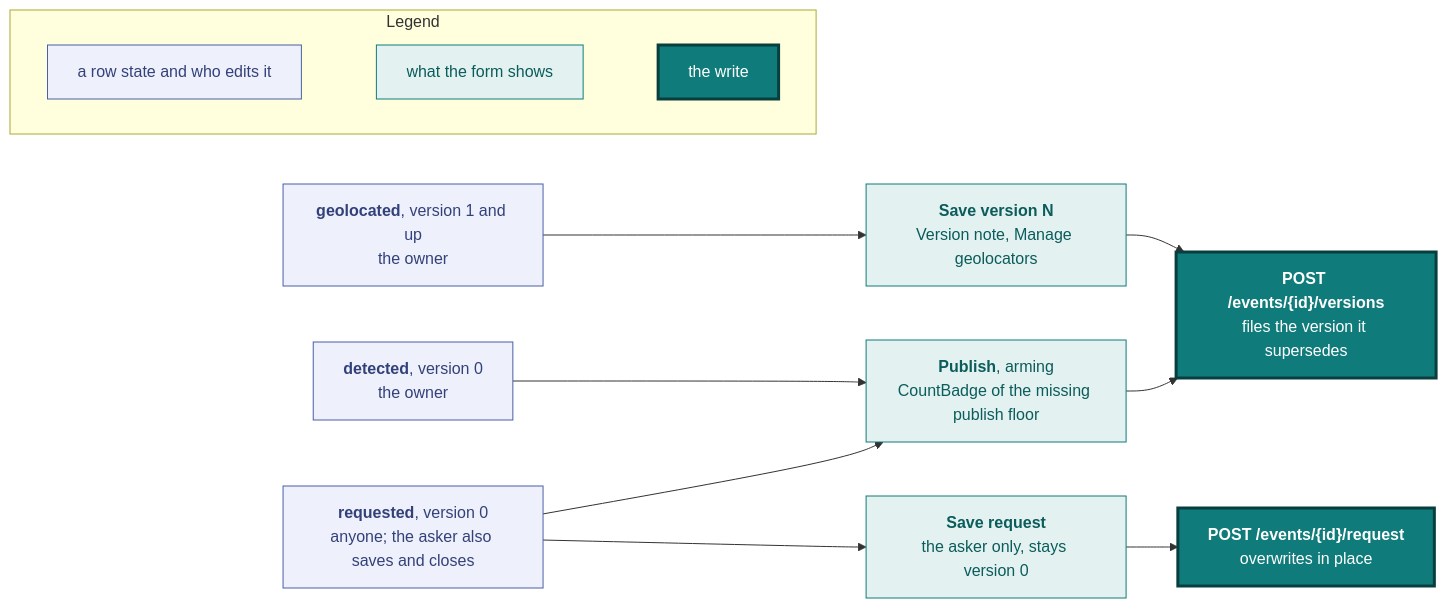
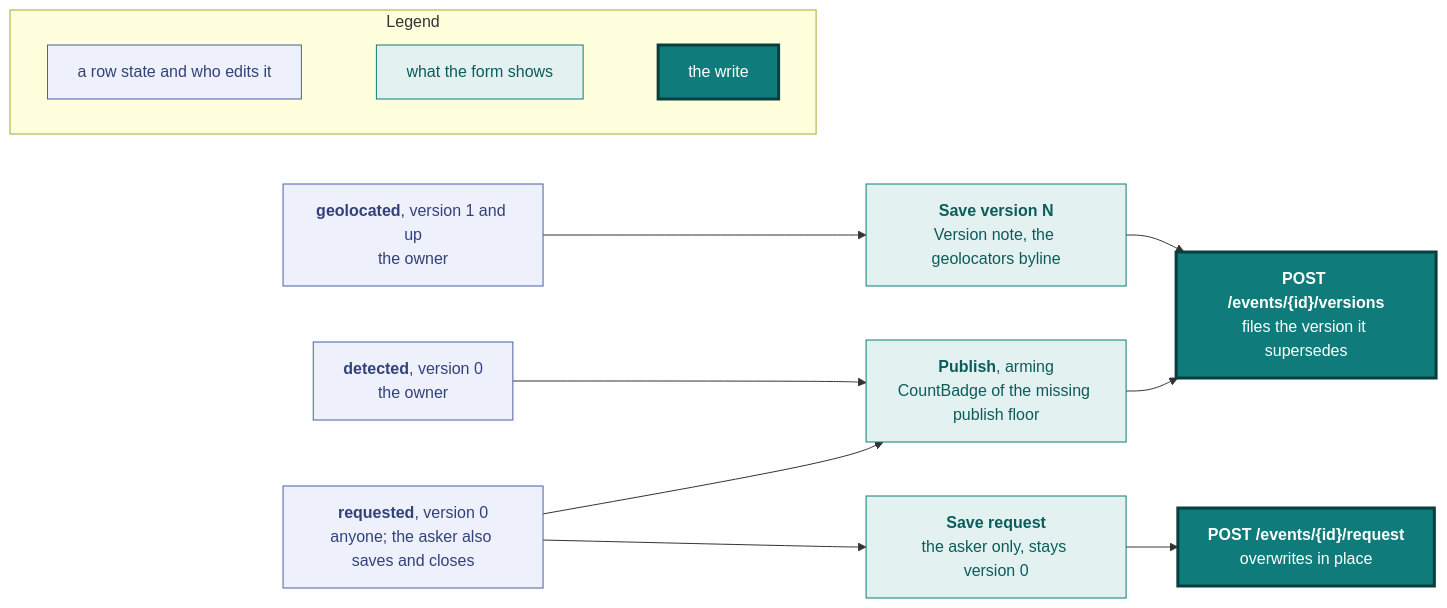
One commit to vidithq/vidit changed the tenth of 15 diagrams in docs/design.md. Above: the diagram before and after it, drawn with Mermaid. The commit also changed other lines of this file and 18 other files, not shown here.

First line of the commit message:
feat(frontend): manage the geolocators in the byline with a popover picker

````diff
--- a/docs/design.md
+++ b/docs/design.md
@@ -997,38 +994,38 @@
 ```mermaid
 flowchart LR
   classDef spec fill:#eef1fb,stroke:#4a5fa5,color:#33417a
   classDef shared fill:#e3f2f1,stroke:#0f7b7a,color:#0b5c5b
   classDef core fill:#0f7b7a,stroke:#083f3e,stroke-width:3px,color:#ffffff
 
   subgraph legend [Legend]
     direction LR
     l1["`a row state and who edits it`"]:::spec
     l2["`what the form shows`"]:::shared
     l3["`the write`"]:::core
     l1 ~~~ l2 ~~~ l3
   end
 
   request["`**requested**, version 0
   anyone; the asker also saves and closes`"]:::spec
   detection["`**detected**, version 0
   the owner`"]:::spec
   published["`**geolocated**, version 1 and up
   the owner`"]:::spec
   publish["`**Publish**, arming
   CountBadge of the missing publish floor`"]:::shared
   save_request["`**Save request**
   the asker only, stays version 0`"]:::shared
   save["`**Save version N**
-  Version note, Manage geolocators`"]:::shared
+  Version note, the geolocators byline`"]:::shared
   versions["`**POST /events/{id}/versions**
   files the version it supersedes`"]:::core
   request_write["`**POST /events/{id}/request**
   overwrites in place`"]:::core
 
   request --> publish
   request --> save_request --> request_write
   detection --> publish
   published --> save
   publish --> versions
   save --> versions
 ```
````
